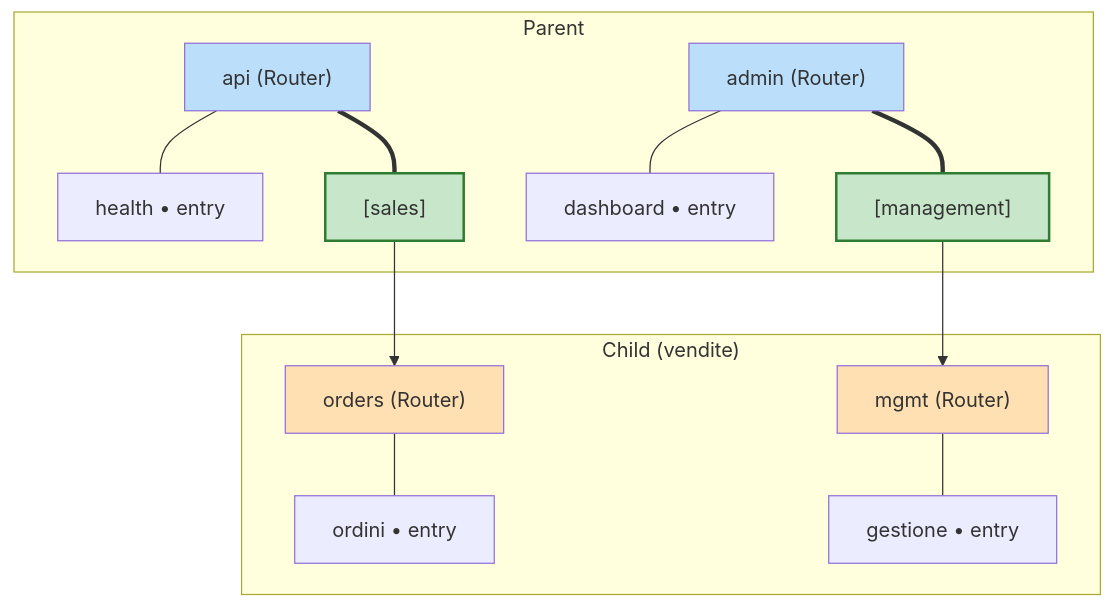
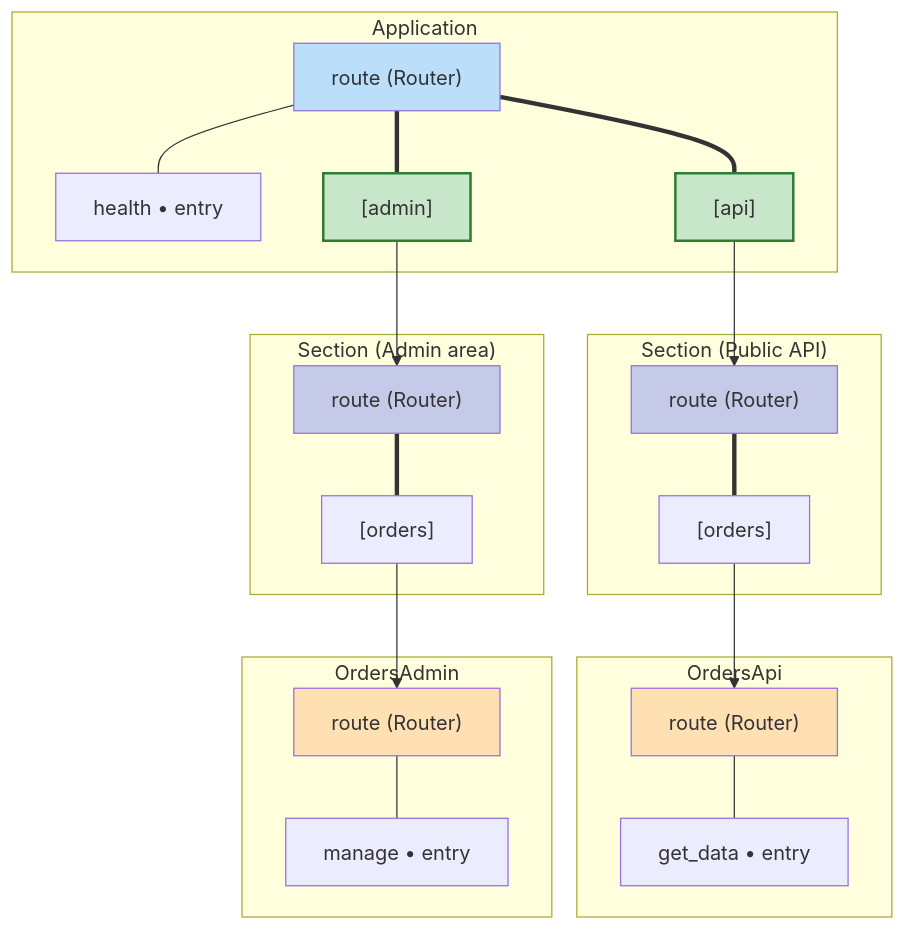
Before and after one commit to genropy/genro-routes: the fourth of 6 diagrams in docs/guide/attach-instance-visual-guide.md, drawn with Mermaid. The commit also changed other lines of this file and 16 other files, not shown here.

First line of the commit message:
docs: migrate documentation to single-router API. Refs #32

````diff
--- a/docs/guide/attach-instance-visual-guide.md
+++ b/docs/guide/attach-instance-visual-guide.md
@@ -213,26 +130,37 @@
 ```mermaid
 graph TB
-    subgraph "Parent"
-        PA["api (Router)"]
+    subgraph "Application"
+        PA["route (Router)"]
         PA --- E1["health &bull; entry"]
-        PA === S1["[sales]"]
-        PB["admin (Router)"]
-        PB --- E2["dashboard &bull; entry"]
-        PB === S2["[management]"]
+        PA === S1["[api]"]
+        PA === S2["[admin]"]
     end
-    subgraph "Child (vendite)"
-        CA["orders (Router)"]
-        CA --- E3["ordini &bull; entry"]
-        CB["mgmt (Router)"]
-        CB --- E4["gestione &bull; entry"]
+    subgraph "Section (Public API)"
+        SA["route (Router)"]
+        SA === S3["[orders]"]
     end
-    S1 --> CA
-    S2 --> CB
+    subgraph "Section (Admin area)"
+        SB["route (Router)"]
+        SB === S4["[orders]"]
+    end
+    subgraph "OrdersApi"
+        CA["route (Router)"]
+        CA --- E3["get_data &bull; entry"]
+    end
+    subgraph "OrdersAdmin"
+        CB["route (Router)"]
+        CB --- E4["manage &bull; entry"]
+    end
+    S1 --> SA
+    S2 --> SB
+    S3 --> CA
+    S4 --> CB
 
     style PA fill:#bbdefb
-    style PB fill:#bbdefb
+    style SA fill:#c5cae9
+    style SB fill:#c5cae9
     style CA fill:#ffe0b2
     style CB fill:#ffe0b2
     style S1 fill:#c8e6c9,stroke:#2e7d32,stroke-width:2px
     style S2 fill:#c8e6c9,stroke:#2e7d32,stroke-width:2px
 ```
````
